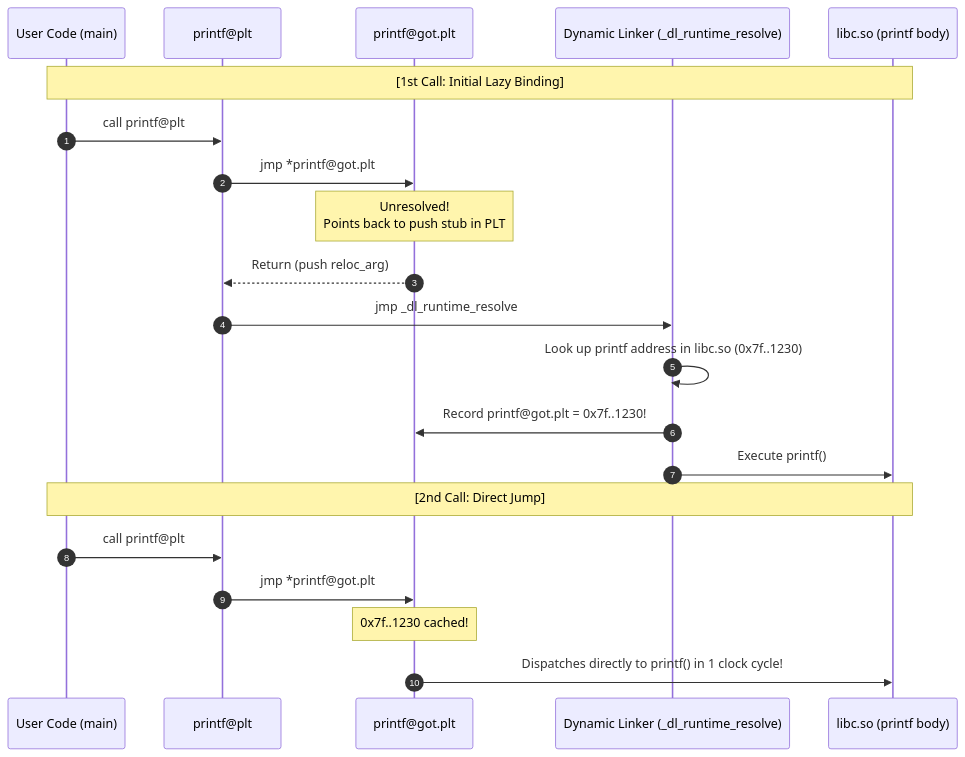
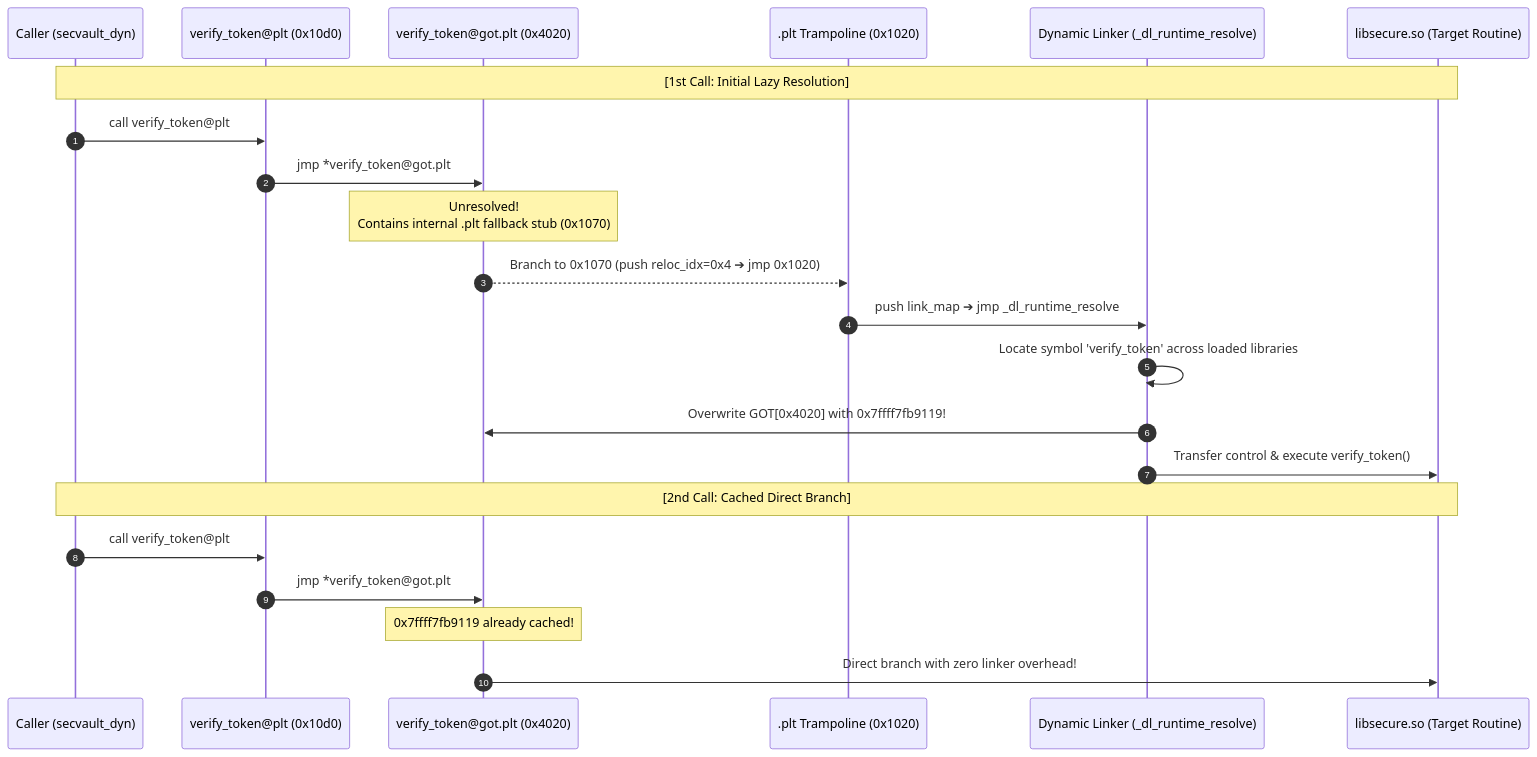
The diagram in docs/en/principles/09-dynamic-linking-and-loading.md (auking45/linux-kernel-hardening-lab), drawn with Mermaid before and after one commit. The commit also changed other lines of this file and 44 other files, not shown here.

````diff
--- a/docs/en/principles/09-dynamic-linking-and-loading.md
+++ b/docs/en/principles/09-dynamic-linking-and-loading.md
@@ -40,25 +55,26 @@
 ```mermaid
 sequenceDiagram
     autonumber
-    participant App as User Code (main)
-    participant PLT as printf@plt
-    participant GOT as printf@got.plt
+    participant App as Caller (secvault_dyn)
+    participant PLT_SEC as verify_token@plt (0x10d0)
+    participant GOT as verify_token@got.plt (0x4020)
+    participant PLT_0 as .plt Trampoline (0x1020)
     participant Linker as Dynamic Linker (_dl_runtime_resolve)
-    participant Libc as libc.so (printf body)
+    participant Lib as libsecure.so (Target Routine)
 
-    Note over App,Libc: [1st Call: Initial Lazy Binding]
-    App->>PLT: call printf@plt
-    PLT->>GOT: jmp *printf@got.plt
-    Note over GOT: Unresolved!<br/>Points back to push stub in PLT
-    GOT-->>PLT: Return (push reloc_arg)
-    PLT->>Linker: jmp _dl_runtime_resolve
-    Linker->>Linker: Look up printf address in libc.so (0x7f..1230)
-    Linker->>GOT: Record printf@got.plt = 0x7f..1230!
-    Linker->>Libc: Execute printf()
+    Note over App,Lib: [1st Call: Initial Lazy Resolution]
+    App->>PLT_SEC: call verify_token@plt
+    PLT_SEC->>GOT: jmp *verify_token@got.plt
+    Note over GOT: Unresolved!<br/>Contains internal .plt fallback stub (0x1070)
+    GOT-->>PLT_0: Branch to 0x1070 (push reloc_idx=0x4 ➔ jmp 0x1020)
+    PLT_0->>Linker: push link_map ➔ jmp _dl_runtime_resolve
+    Linker->>Linker: Locate symbol 'verify_token' across loaded libraries
+    Linker->>GOT: Overwrite GOT[0x4020] with 0x7ffff7fb9119!
+    Linker->>Lib: Transfer control & execute verify_token()
 
-    Note over App,Libc: [2nd Call: Direct Jump]
-    App->>PLT: call printf@plt
-    PLT->>GOT: jmp *printf@got.plt
-    Note over GOT: 0x7f..1230 cached!
-    GOT->>Libc: Dispatches directly to printf() in 1 clock cycle!
+    Note over App,Lib: [2nd Call: Cached Direct Branch]
+    App->>PLT_SEC: call verify_token@plt
+    PLT_SEC->>GOT: jmp *verify_token@got.plt
+    Note over GOT: 0x7ffff7fb9119 already cached!
+    GOT->>Lib: Direct branch with zero linker overhead!
 ```
````
